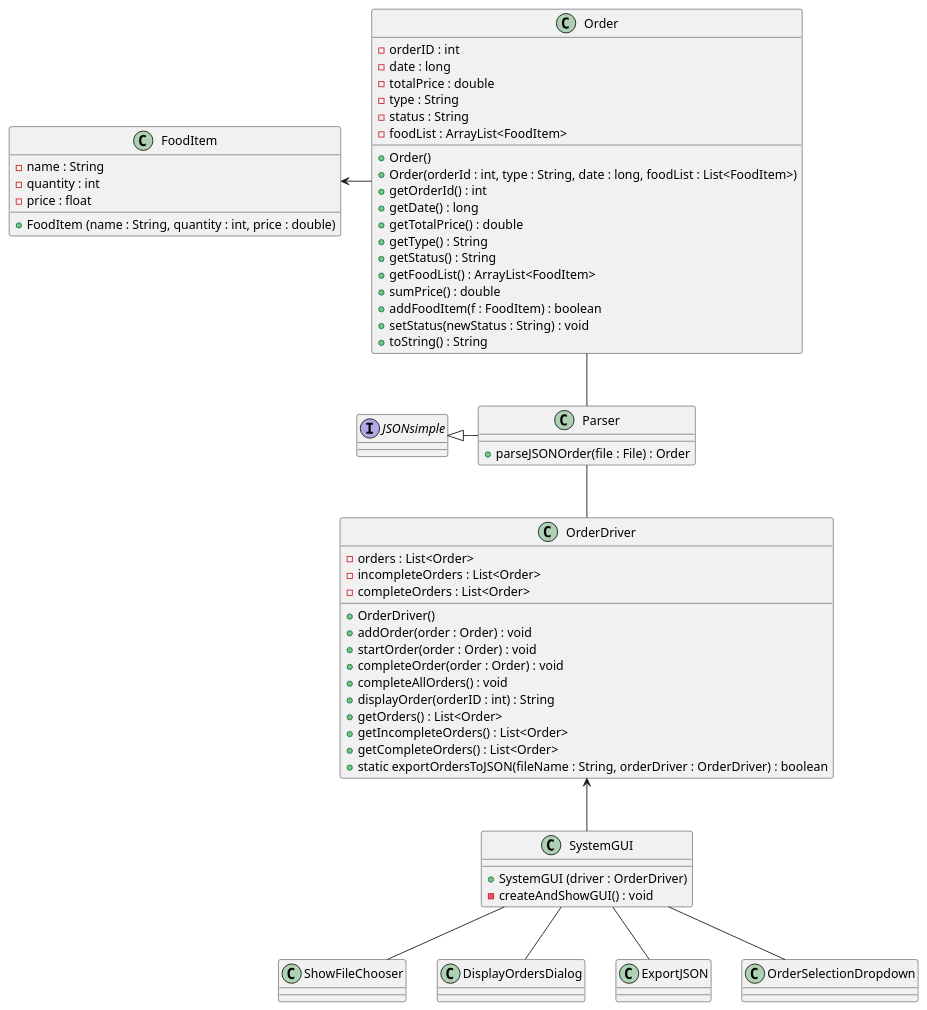
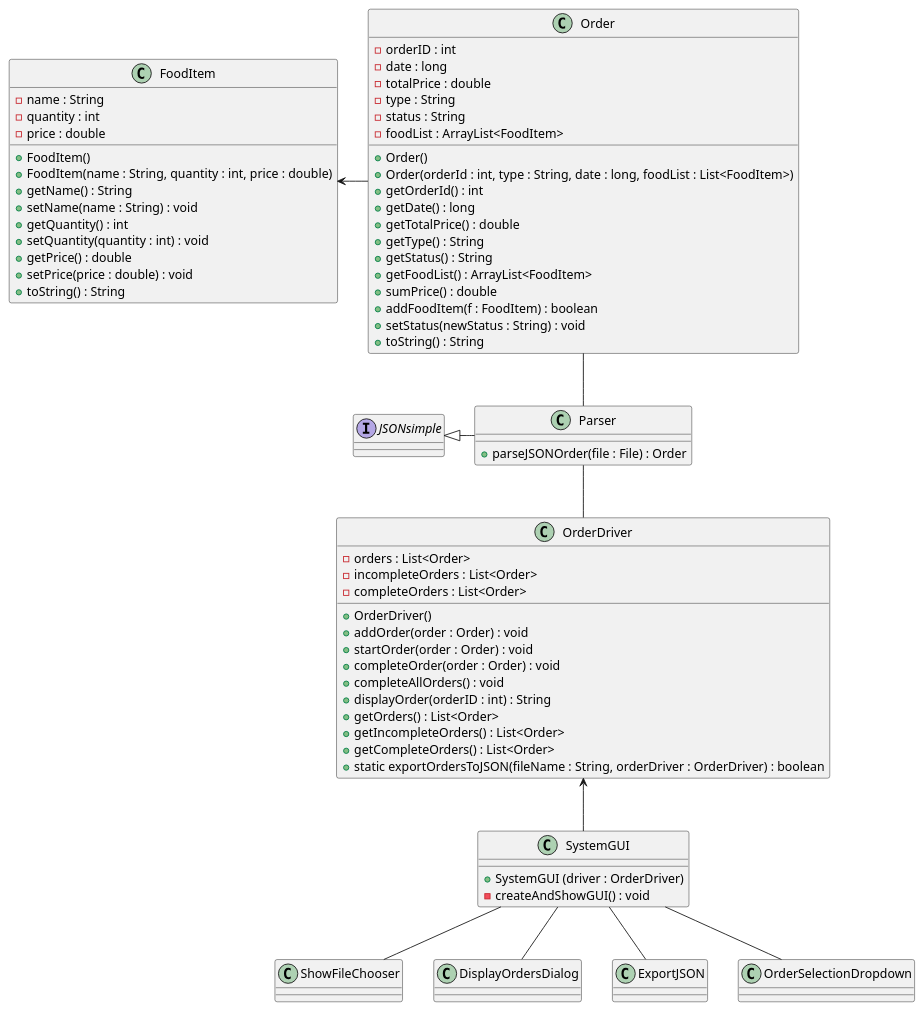
Before and after one commit to aidanmahl/372GroupProject: the diagram in code/src/main/java/Design/ClassUMLDiagram.puml, drawn with PlantUML.

Commit message:
Editing FoodItem.

```diff
--- a/code/src/main/java/Design/ClassUMLDiagram.puml
+++ b/code/src/main/java/Design/ClassUMLDiagram.puml
@@ -1,90 +1,98 @@
 @startuml
 'https://plantuml.com/class-diagram
 
 class Parser
 class FoodItem
 class Order
 class OrderDriver
 
 class SystemGUI
 class ShowFileChooser
 class DisplayOrdersDialog
 class ExportJSON
 class OrderSelectionDropdown
 
 interface JSONsimple
 
 
 JSONsimple <|- Parser
 Order -- Parser
 FoodItem <- Order
 Parser -- OrderDriver
 
 OrderDriver <-- SystemGUI
 
 SystemGUI -- ShowFileChooser
 SystemGUI -- DisplayOrdersDialog
 SystemGUI -- ExportJSON
 SystemGUI -- OrderSelectionDropdown
 
 class FoodItem {
 - name : String
 - quantity : int
-- price : float
+- price : double
 
-+ FoodItem (name : String, quantity : int, price : double)
++ FoodItem()
++ FoodItem(name : String, quantity : int, price : double)
++ getName() : String
++ setName(name : String) : void
++ getQuantity() : int
++ setQuantity(quantity : int) : void
++ getPrice() : double
++ setPrice(price : double) : void
++ toString() : String
 }
 
 class Order {
 - orderID : int
 - date : long
 - totalPrice : double
 - type : String
 - status : String
 - foodList : ArrayList<FoodItem>
 
 + Order()
 + Order(orderId : int, type : String, date : long, foodList : List<FoodItem>)
 + getOrderId() : int
 + getDate() : long
 + getTotalPrice() : double
 + getType() : String
 + getStatus() : String
 + getFoodList() : ArrayList<FoodItem>
 + sumPrice() : double
 + addFoodItem(f : FoodItem) : boolean
 + setStatus(newStatus : String) : void
 + toString() : String
 }
 
 class Parser {
 + parseJSONOrder(file : File) : Order
 }
 
 class OrderDriver {
 - orders : List<Order>
 - incompleteOrders : List<Order>
 - completeOrders : List<Order>
 
 + OrderDriver()
 + addOrder(order : Order) : void
 + startOrder(order : Order) : void
 + completeOrder(order : Order) : void
 + completeAllOrders() : void
 + displayOrder(orderID : int) : String
 + getOrders() : List<Order>
 + getIncompleteOrders() : List<Order>
 + getCompleteOrders() : List<Order>
 + static exportOrdersToJSON(fileName : String, orderDriver : OrderDriver) : boolean
 }
 
 class SystemGUI {
 + SystemGUI (driver : OrderDriver)
 - createAndShowGUI() : void
 }
 
 class ShowFileChooser {
 
 }
 
 @enduml
```
